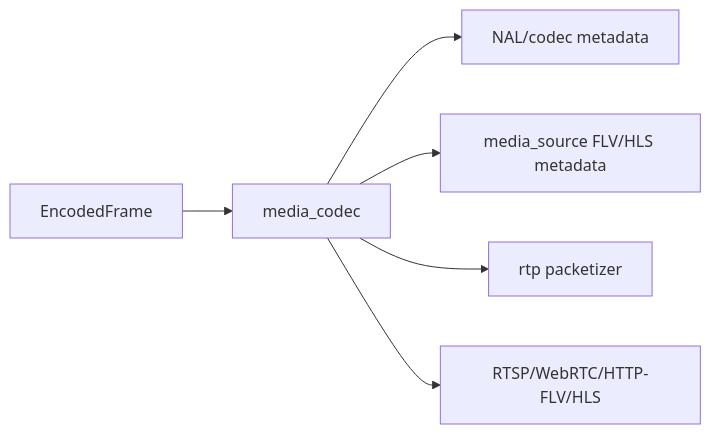
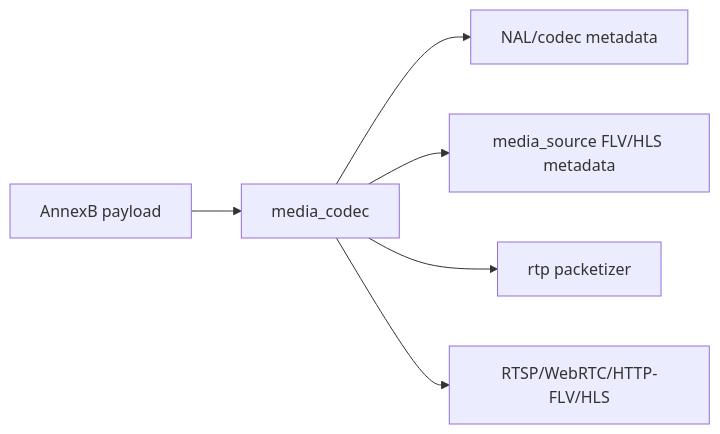
Before and after one commit to 373699756/live_stream: the diagram in docs/libs/media_codec.md, drawn with Mermaid. The commit also changed other lines of this file and 144 other files, not shown here.

````diff
--- a/docs/libs/media_codec.md
+++ b/docs/libs/media_codec.md
@@ -15,8 +15,8 @@
 ```mermaid
 flowchart LR
-  Encoded[EncodedFrame] --> Codec[media_codec]
+  Payload[AnnexB payload] --> Codec[media_codec]
   Codec --> Parse[NAL/codec metadata]
   Codec --> Source[media_source FLV/HLS metadata]
   Codec --> RTP[rtp packetizer]
   Codec --> Protocol[RTSP/WebRTC/HTTP-FLV/HLS]
 ```
````
